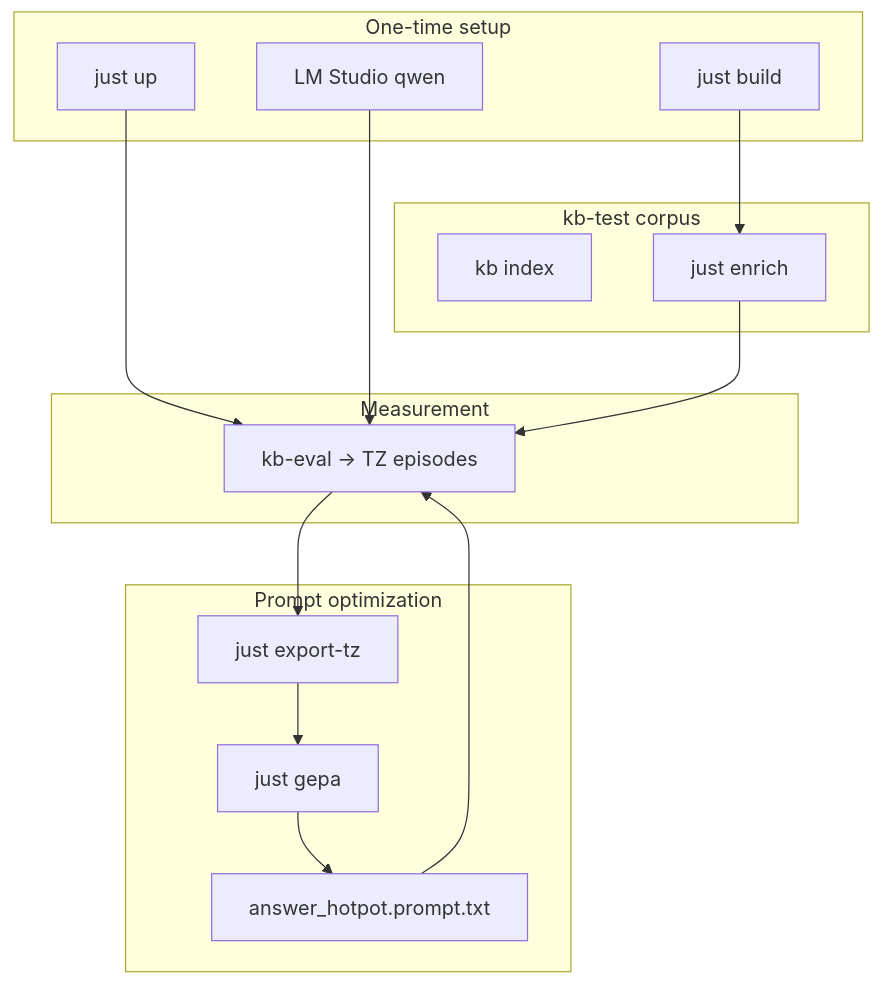
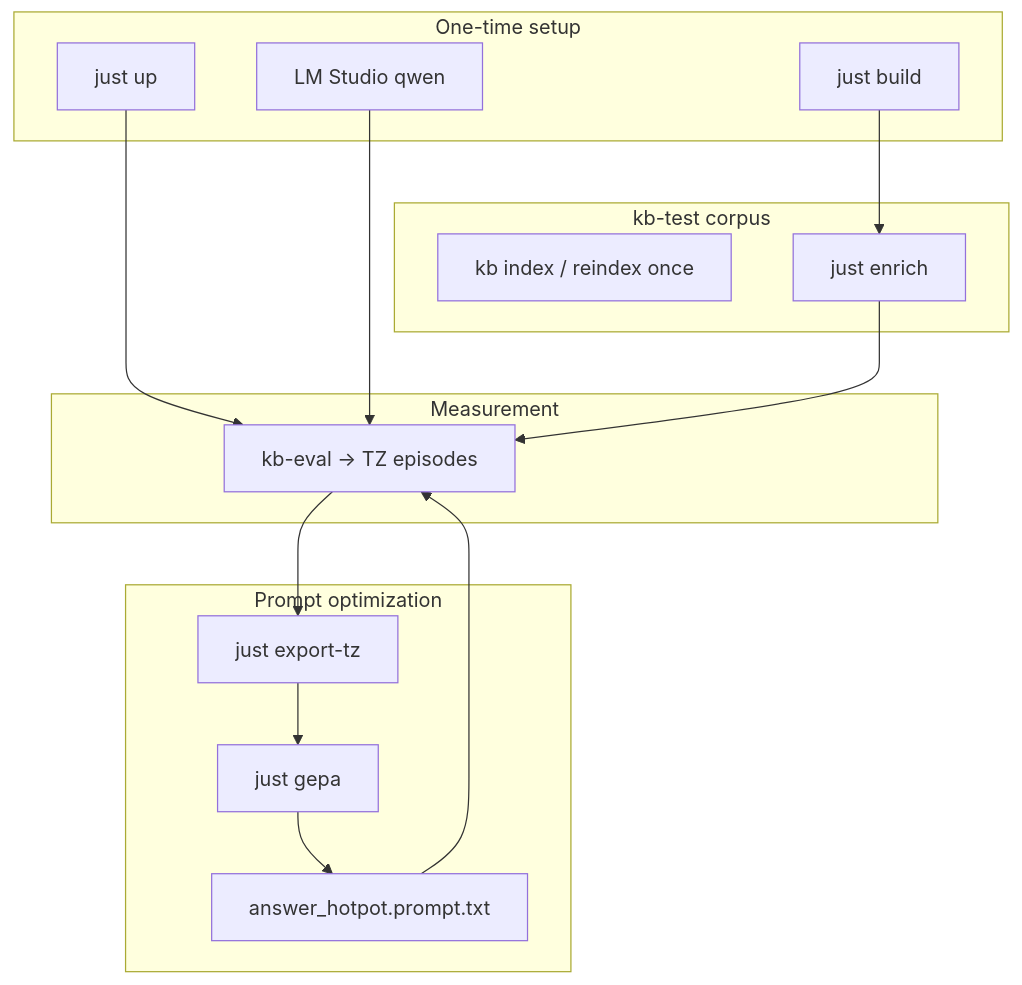
One commit to metalmon/glossa changed the diagram in docs/eval-and-training.md. Above: the diagram before and after it, drawn with Mermaid. The commit also changed other lines of this file and 4 other files, not shown here.

First line of the commit message:
docs: quad GEPA playbook, CHANGELOG Unreleased, and ROADMAP

````diff
--- a/docs/eval-and-training.md
+++ b/docs/eval-and-training.md
@@ -13,32 +13,32 @@
 ```mermaid
 flowchart TB
   subgraph once [One-time setup]
     build[just build]
     up[just up]
     lm[LM Studio qwen]
   end
 
   subgraph corpus [kb-test corpus]
-    index[kb index]
+    index[kb index / reindex once]
     enrich[just enrich]
   end
 
   subgraph measure [Measurement]
     eval[kb-eval → TZ episodes]
   end
 
   subgraph train [Prompt optimization]
     export[just export-tz]
     gepa[just gepa]
     prompt[answer_hotpot.prompt.txt]
   end
 
   build --> enrich
   up --> eval
   lm --> eval
   enrich --> eval
   eval --> export
   export --> gepa
   gepa --> prompt
   prompt --> eval
 ```
````
